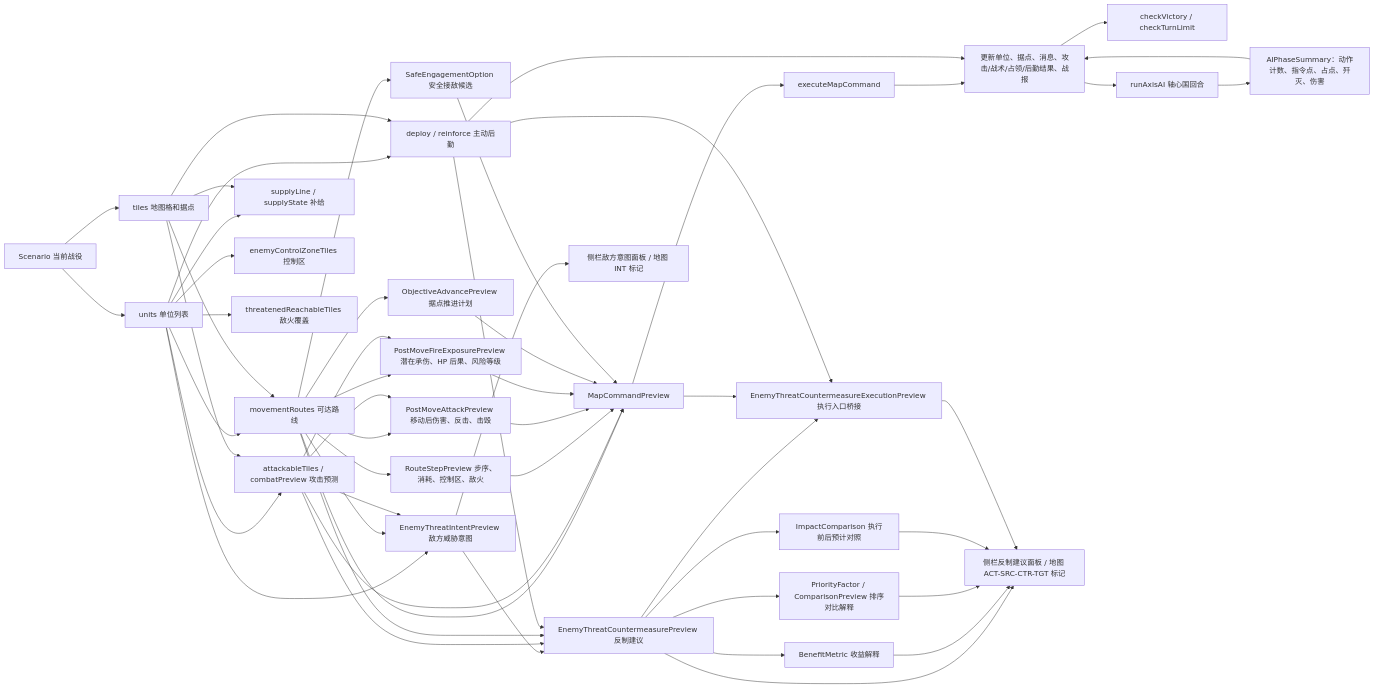
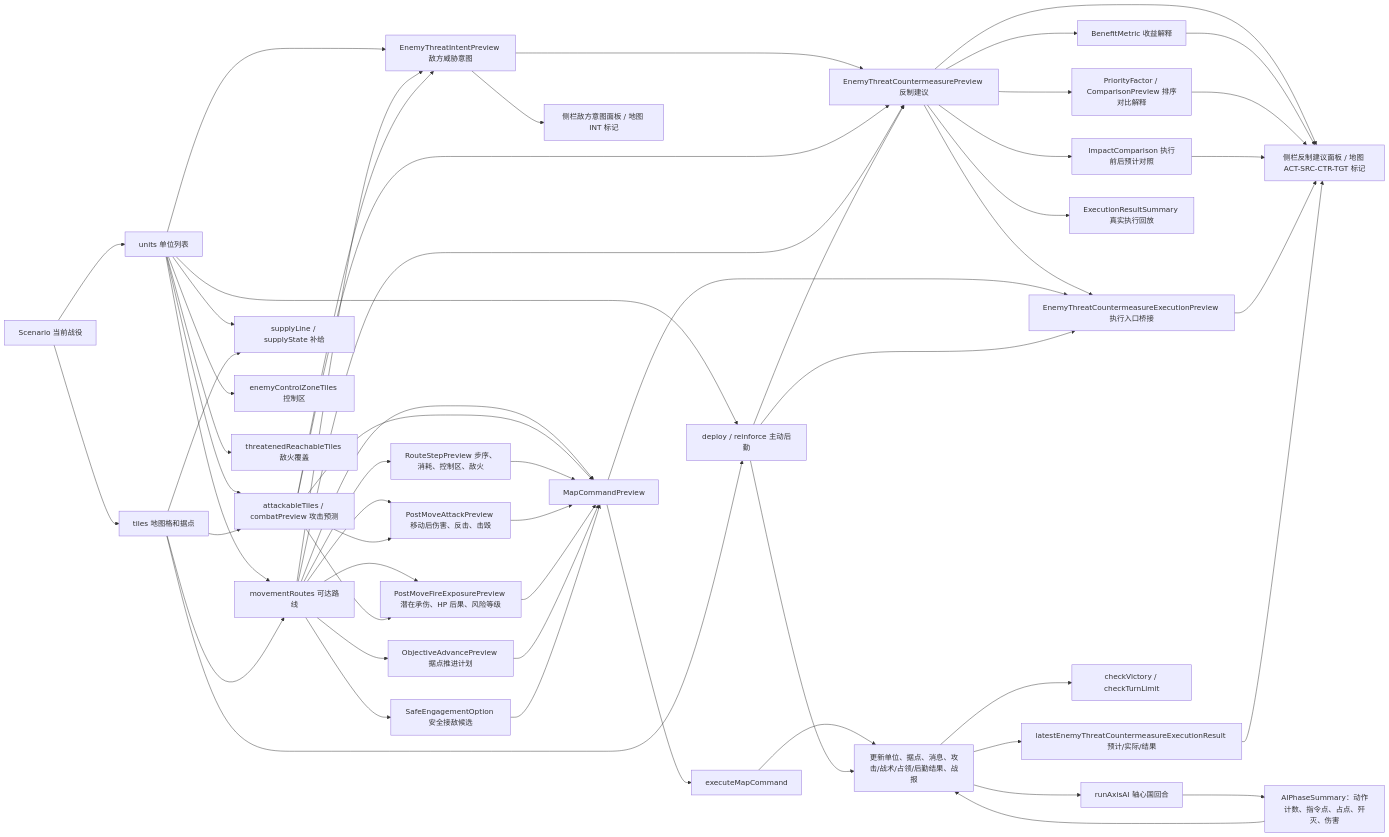
The third of 5 diagrams in md/flow/flowchart.md (Altman-sam114/116), drawn with Mermaid before and after one commit. The commit also changed other lines of this file and 10 other files, not shown here.

````diff
--- a/md/flow/flowchart.md
+++ b/md/flow/flowchart.md
@@ -70,55 +74,58 @@
 ```mermaid
 flowchart LR
   S["Scenario 当前战役"] --> U["units 单位列表"]
   S --> T["tiles 地图格和据点"]
   U --> MV["movementRoutes 可达路线"]
   T --> MV
   U --> AT["attackableTiles / combatPreview 攻击预测"]
   T --> AT
   U --> SUP["supplyLine / supplyState 补给"]
   T --> SUP
   U --> LOG["deploy / reinforce 主动后勤"]
   T --> LOG
   U --> ZOC["enemyControlZoneTiles 控制区"]
   U --> THR["threatenedReachableTiles 敌火覆盖"]
   U --> INT["EnemyThreatIntentPreview 敌方威胁意图"]
   INT --> CTR["EnemyThreatCountermeasurePreview 反制建议"]
   CTR --> BM2["BenefitMetric 收益解释"]
   CTR --> PF["PriorityFactor / ComparisonPreview 排序对比解释"]
   CTR --> IP2["ImpactComparison 执行前后预计对照"]
   CTR --> EBP["EnemyThreatCountermeasureExecutionPreview 执行入口桥接"]
+  CTR --> ERP["ExecutionResultSummary 真实执行回放"]
   MV --> RP["RouteStepPreview 步序、消耗、控制区、敌火"]
   MV --> PM["PostMoveAttackPreview 移动后伤害、反击、击毁"]
   MV --> FP["PostMoveFireExposurePreview 潜在承伤、HP 后果、风险等级"]
   MV --> OP["ObjectiveAdvancePreview 据点推进计划"]
   MV --> SE["SafeEngagementOption 安全接敌候选"]
   MV --> INT
   AT --> PM
   AT --> FP
   AT --> INT
   AT --> CTR
   MV --> CTR
   LOG --> CTR
   CMD --> EBP
   LOG --> EBP
   MV --> CMD["MapCommandPreview"]
   AT --> CMD
   RP --> CMD
   PM --> CMD
   FP --> CMD
   OP --> CMD
   SE --> CMD
   CMD --> EX["executeMapCommand"]
   EX --> RES["更新单位、据点、消息、攻击/战术/占领/后勤结果、战报"]
   LOG --> RES
+  RES --> CMR["latestEnemyThreatCountermeasureExecutionResult 预计/实际/结果"]
   RES --> WIN["checkVictory / checkTurnLimit"]
   RES --> AI["runAxisAI 轴心国回合"]
   AI --> AIS["AIPhaseSummary：动作计数、指令点、占点、歼灭、伤害"]
   AIS --> RES
   INT --> UI["侧栏敌方意图面板 / 地图 INT 标记"]
   CTR --> UI2["侧栏反制建议面板 / 地图 ACT-SRC-CTR-TGT 标记"]
   BM2 --> UI2
   PF --> UI2
   IP2 --> UI2
   EBP --> UI2
+  CMR --> UI2
 ```
````
